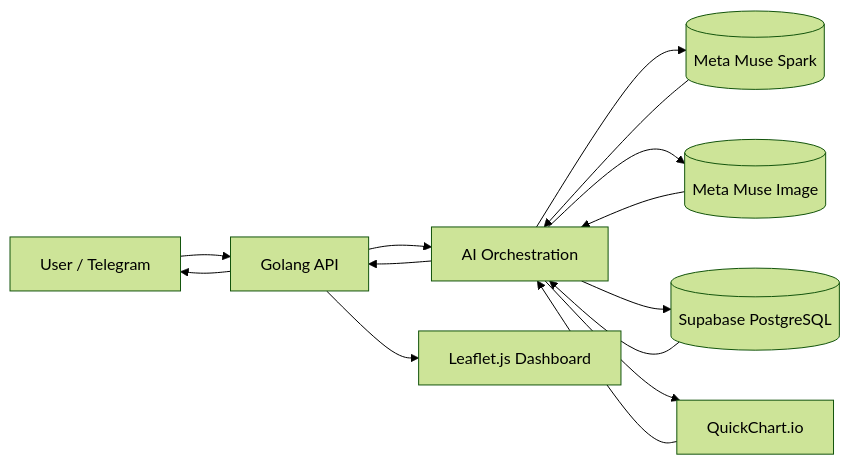
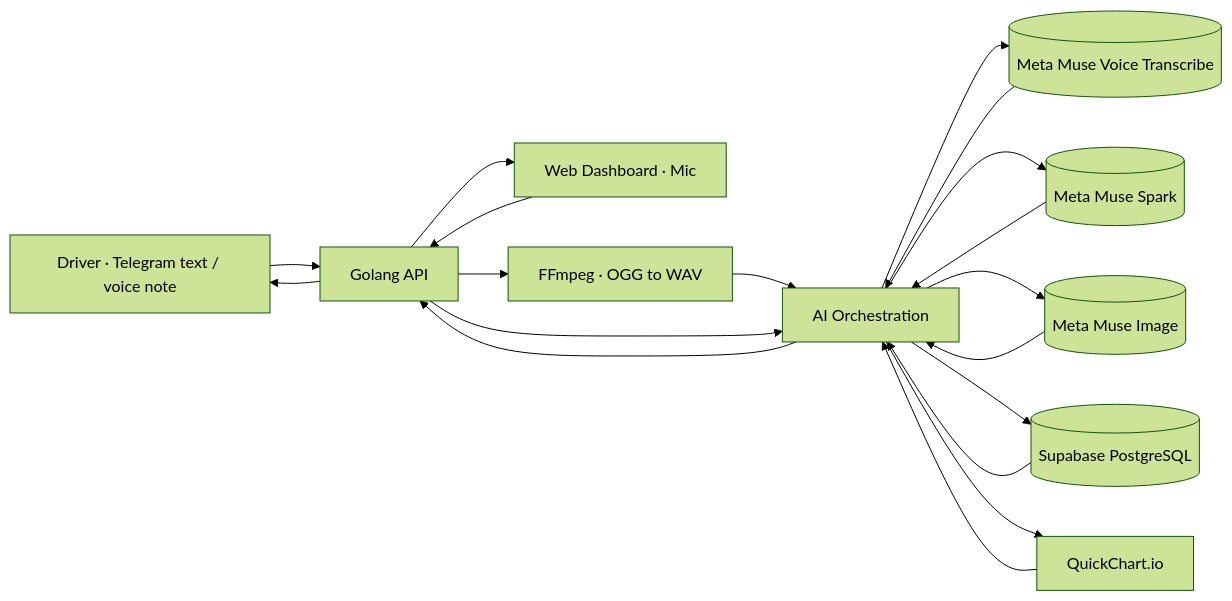
The diagram in README.md (royanqodri/fms-ai-hackathon), drawn with Mermaid (forest theme) before and after one commit. The commit also changed other lines of this file, not shown here.

````diff
--- a/README.md
+++ b/README.md
@@ -95,16 +113,21 @@
 ```mermaid
 flowchart LR
-    A[User / Telegram] --> B[Golang API]
-    B --> C[AI Orchestration]
+    A[Driver · Telegram text / voice note] --> B[Golang API]
+    W[Web Dashboard · Mic] --> B
+    B --> FF[FFmpeg · OGG to WAV]
+    FF --> C[AI Orchestration]
+    B --> C
+    C --> V[(Meta Muse Voice Transcribe)]
     C --> D[(Meta Muse Spark)]
     C --> E[(Meta Muse Image)]
     C --> F[(Supabase PostgreSQL)]
     C --> G[QuickChart.io]
-    B --> H[Leaflet.js Dashboard]
+    V --> C
     D --> C
     E --> C
     F --> C
     G --> C
     C --> B
     B --> A
+    B --> W
 ```
````
